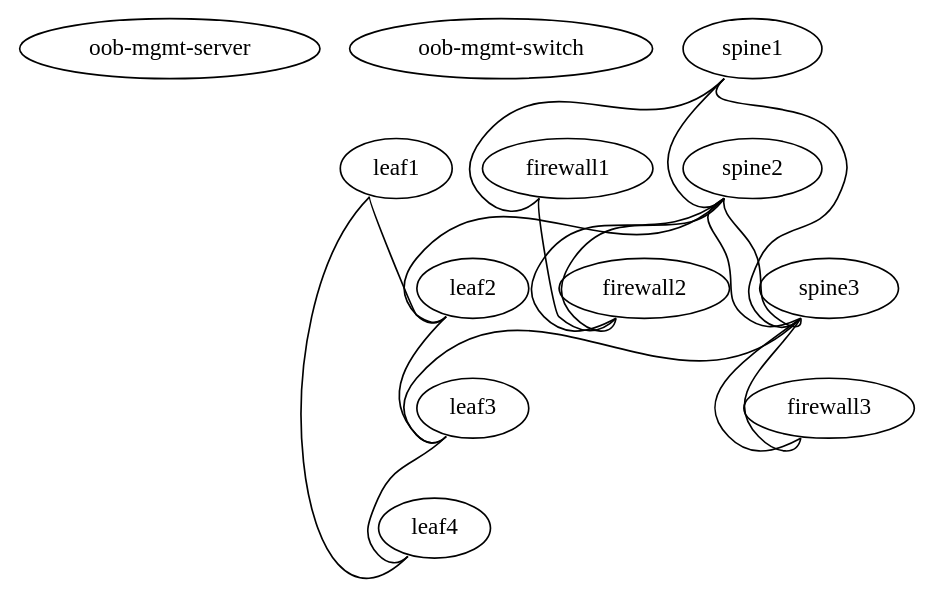
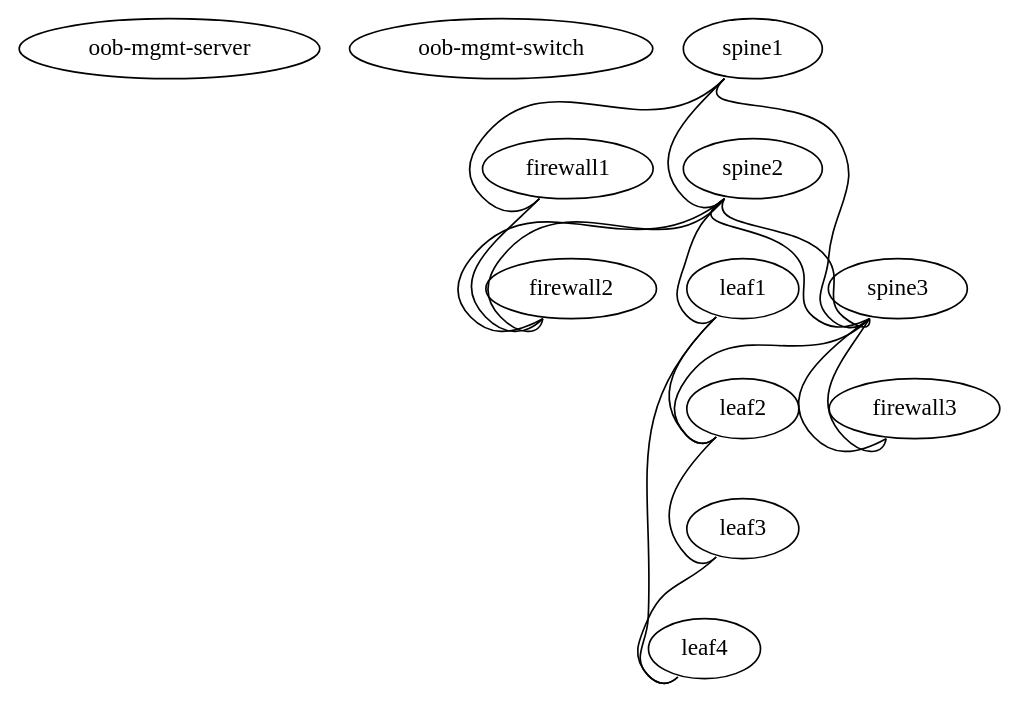
Before and after one commit to naturalis/oss-network-demo: the diagram in demo.dot, drawn with Graphviz.

```diff
--- a/demo.dot
+++ b/demo.dot
@@ -1,39 +1,39 @@
 graph demo {
  "oob-mgmt-server" [function="oob-server" config="./helper_scripts/oob_switch_config.sh" mgmt_ip="192.168.200.254/24"]
  "oob-mgmt-switch" [function="oob-switch" config="./helper_scripts/oob_switch_config.sh" mgmt_ip="192.168.200.100"]
 
  "firewall1" [function="fake"]
  "firewall2" [function="fake"]
  "firewall3" [function="fake"]
 
  "spine1" [function="spine" config="./helper_scripts/extra_switch_config.sh" mgmt_ip="192.168.200.1"]
  "spine2" [function="spine" config="./helper_scripts/extra_switch_config.sh" mgmt_ip="192.168.200.2"]
  "spine3" [function="spine" config="./helper_scripts/extra_switch_config.sh" mgmt_ip="192.168.200.3"]
   
  "leaf1" [function="leaf" config="./helper_scripts/extra_switch_config.sh" mgmt_ip="192.168.200.10"]
  "leaf2" [function="leaf" config="./helper_scripts/extra_switch_config.sh" mgmt_ip="192.168.200.20"]
  "leaf3" [function="leaf" config="./helper_scripts/extra_switch_config.sh" mgmt_ip="192.168.200.30"]
  "leaf4" [function="leaf" config="./helper_scripts/extra_switch_config.sh" mgmt_ip="192.168.200.40"]
 
    "spine1":"swp47" -- "firewall1":"swp1"
    "spine1":"swp1" -- "spine2":"swp47"
    "spine1":"swp2" -- "spine3":"swp47"
    
    "spine2":"swp45" -- "firewall2":"swp0"
    "spine2":"swp46" -- "firewall2":"swp1"
    "spine3":"swp45" -- "firewall3":"swp0"
    "spine3":"swp46" -- "firewall3":"swp1"
    
    "firewall1":"swp2" -- "firewall2":"swp2"
 
    "spine2":"swp49" -- "spine3":"swp49"
    "spine2":"swp50" -- "spine3":"swp50"
 
-   "spine2":"swp1" -- "leaf2":"swp52"
-   "spine3":"swp1" -- "leaf3":"swp52"
+   "spine2":"swp1" -- "leaf1":"swp52"
+   "spine3":"swp1" -- "leaf2":"swp52"
 
    "leaf1":"swp50" -- "leaf2":"swp50"
    "leaf3":"swp50" -- "leaf4":"swp50"
    "leaf1":"swp49" -- "leaf4":"swp52"
    "leaf2":"swp49" -- "leaf3":"swp52"
 }
```
